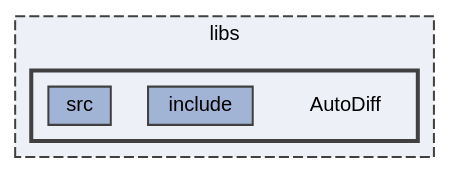
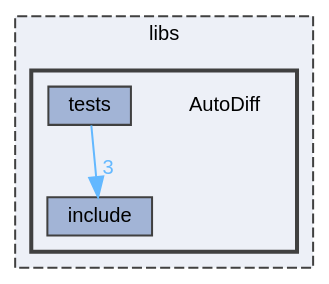
Before and after one commit to GoshaSerbin/autodiff: the diagram in dir_a4420808da2ac41a09ab53507cacbcf5_dep.dot, drawn with Graphviz. The commit also changed 169 other files, not shown here.

```diff
--- a/dir_a4420808da2ac41a09ab53507cacbcf5_dep.dot
+++ b/dir_a4420808da2ac41a09ab53507cacbcf5_dep.dot
@@ -1,17 +1,18 @@
 digraph "libs/AutoDiff"
 {
  // LATEX_PDF_SIZE
   bgcolor="transparent";
   edge [fontname=Helvetica,fontsize=10,labelfontname=Helvetica,labelfontsize=10];
   node [fontname=Helvetica,fontsize=10,shape=box,height=0.2,width=0.4];
   compound=true
   subgraph clusterdir_6719ab1f1f7655efc2fa43f7eb574fd1 {
     graph [ bgcolor="#edf0f7", pencolor="grey25", label="libs", fontname=Helvetica,fontsize=10 style="filled,dashed", URL="dir_6719ab1f1f7655efc2fa43f7eb574fd1.html",tooltip=""]
   subgraph clusterdir_a4420808da2ac41a09ab53507cacbcf5 {
     graph [ bgcolor="#edf0f7", pencolor="grey25", label="", fontname=Helvetica,fontsize=10 style="filled,bold", URL="dir_a4420808da2ac41a09ab53507cacbcf5.html",tooltip=""]
     dir_a4420808da2ac41a09ab53507cacbcf5 [shape=plaintext, label="AutoDiff"];
   dir_f75c1225ee91230d02fc112195086b5d [label="include", fillcolor="#a2b4d6", color="grey25", style="filled", URL="dir_f75c1225ee91230d02fc112195086b5d.html",tooltip=""];
-  dir_db63a71842cb588e7e2175eda2624a3a [label="src", fillcolor="#a2b4d6", color="grey25", style="filled", URL="dir_db63a71842cb588e7e2175eda2624a3a.html",tooltip=""];
+  dir_629dff37a0510a0629c19e61acaa0e42 [label="tests", fillcolor="#a2b4d6", color="grey25", style="filled", URL="dir_629dff37a0510a0629c19e61acaa0e42.html",tooltip=""];
   }
   }
+  dir_629dff37a0510a0629c19e61acaa0e42->dir_f75c1225ee91230d02fc112195086b5d [headlabel="3", labeldistance=1.5 headhref="dir_000005_000001.html" href="dir_000005_000001.html" color="steelblue1" fontcolor="steelblue1"];
 }
```
